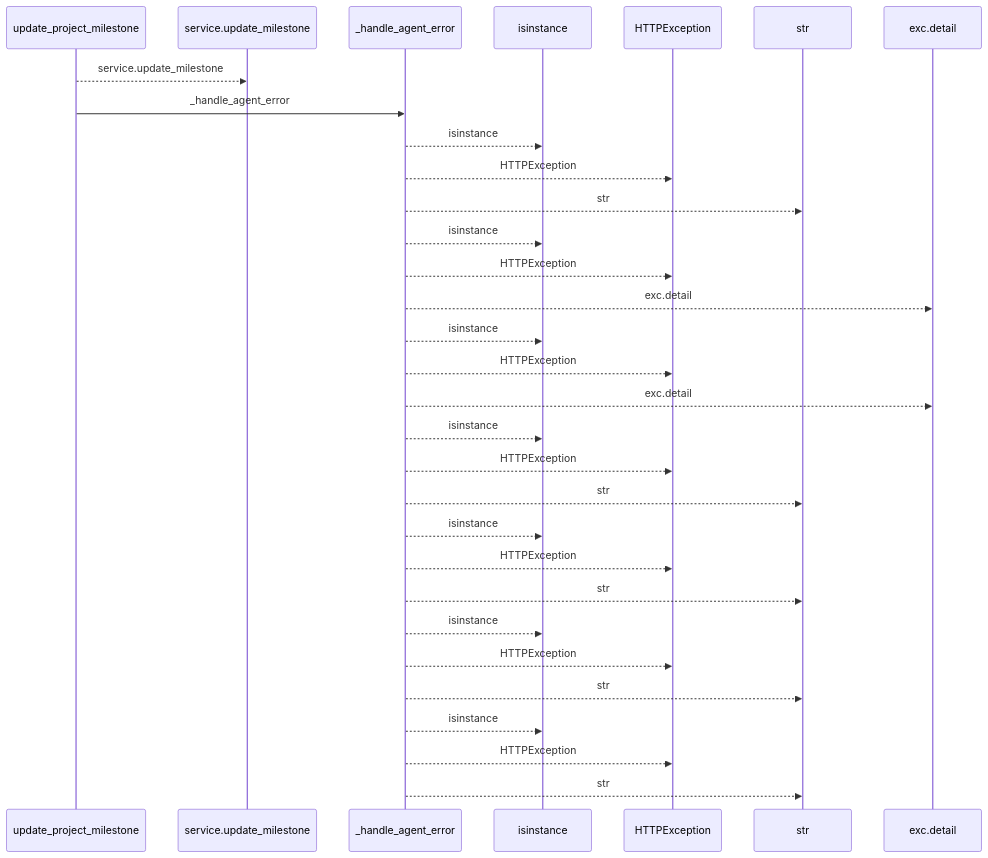
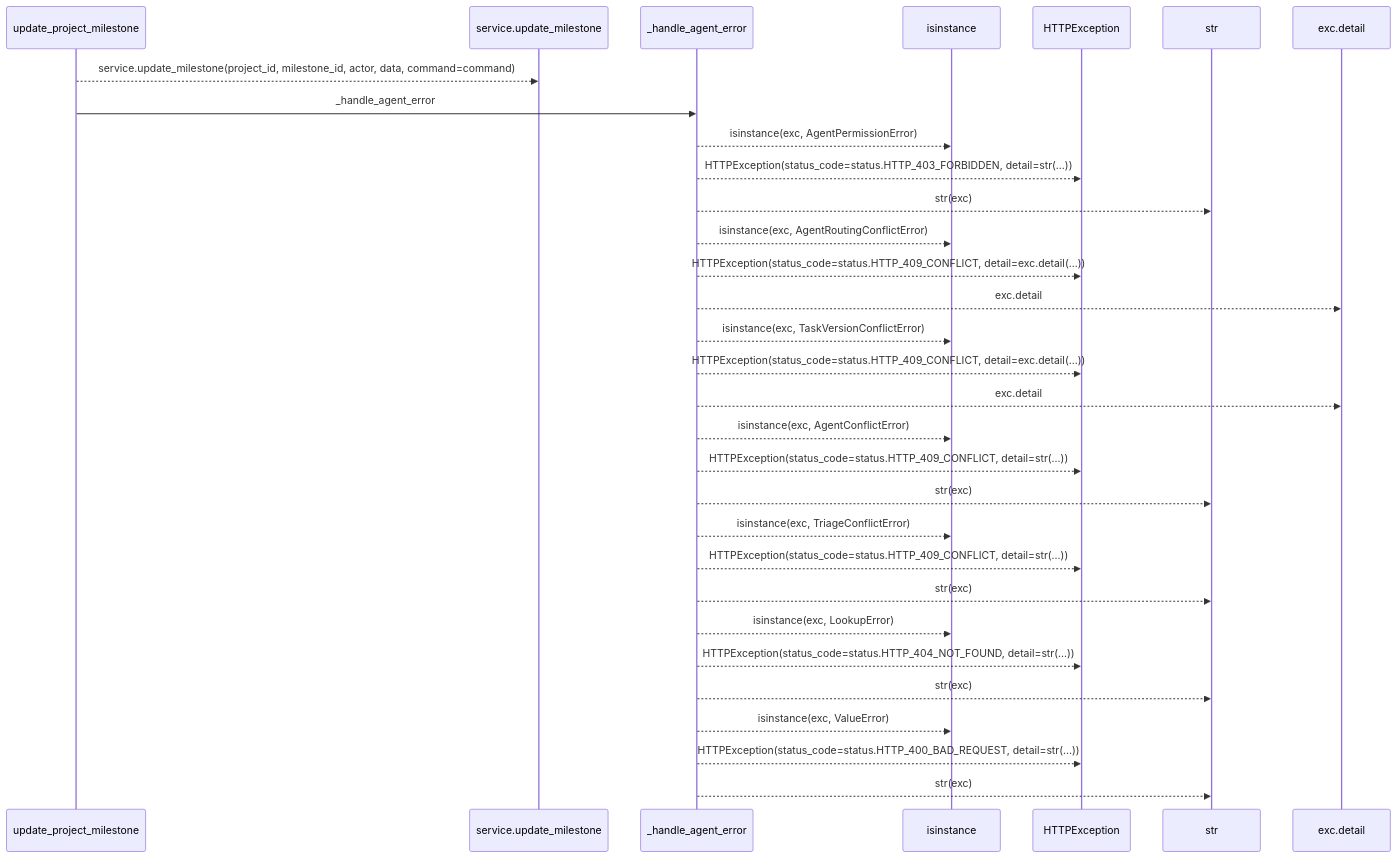
The first of 2 diagrams in docs/llm_wiki/flows/http-update_project_milestone-agent_planning.md (Denissvgn/WorkChord), drawn with Mermaid before and after one commit. The commit also changed other lines of this file and 25171 other files, not shown here.

````diff
--- a/docs/llm_wiki/flows/http-update_project_milestone-agent_planning.md
+++ b/docs/llm_wiki/flows/http-update_project_milestone-agent_planning.md
@@ -10,33 +12,33 @@
 ```mermaid
 sequenceDiagram
     participant p0 as update_project_milestone
     participant p1 as service.update_milestone
     participant p2 as _handle_agent_error
     participant p3 as isinstance
     participant p4 as HTTPException
     participant p5 as str
     participant p6 as exc.detail
-    p0-->>p1: service.update_milestone
+    p0-->>p1: service.update_milestone(project_id, milestone_id, actor, data, command=command)
     p0->>p2: _handle_agent_error
-    p2-->>p3: isinstance
-    p2-->>p4: HTTPException
-    p2-->>p5: str
-    p2-->>p3: isinstance
-    p2-->>p4: HTTPException
+    p2-->>p3: isinstance(exc, AgentPermissionError)
+    p2-->>p4: HTTPException(status_code=status.HTTP_403_FORBIDDEN, detail=str(...))
+    p2-->>p5: str(exc)
+    p2-->>p3: isinstance(exc, AgentRoutingConflictError)
+    p2-->>p4: HTTPException(status_code=status.HTTP_409_CONFLICT, detail=exc.detail(...))
     p2-->>p6: exc.detail
-    p2-->>p3: isinstance
-    p2-->>p4: HTTPException
+    p2-->>p3: isinstance(exc, TaskVersionConflictError)
+    p2-->>p4: HTTPException(status_code=status.HTTP_409_CONFLICT, detail=exc.detail(...))
     p2-->>p6: exc.detail
-    p2-->>p3: isinstance
-    p2-->>p4: HTTPException
-    p2-->>p5: str
-    p2-->>p3: isinstance
-    p2-->>p4: HTTPException
-    p2-->>p5: str
-    p2-->>p3: isinstance
-    p2-->>p4: HTTPException
-    p2-->>p5: str
-    p2-->>p3: isinstance
-    p2-->>p4: HTTPException
-    p2-->>p5: str
+    p2-->>p3: isinstance(exc, AgentConflictError)
+    p2-->>p4: HTTPException(status_code=status.HTTP_409_CONFLICT, detail=str(...))
+    p2-->>p5: str(exc)
+    p2-->>p3: isinstance(exc, TriageConflictError)
+    p2-->>p4: HTTPException(status_code=status.HTTP_409_CONFLICT, detail=str(...))
+    p2-->>p5: str(exc)
+    p2-->>p3: isinstance(exc, LookupError)
+    p2-->>p4: HTTPException(status_code=status.HTTP_404_NOT_FOUND, detail=str(...))
+    p2-->>p5: str(exc)
+    p2-->>p3: isinstance(exc, ValueError)
+    p2-->>p4: HTTPException(status_code=status.HTTP_400_BAD_REQUEST, detail=str(...))
+    p2-->>p5: str(exc)
 ```
````
